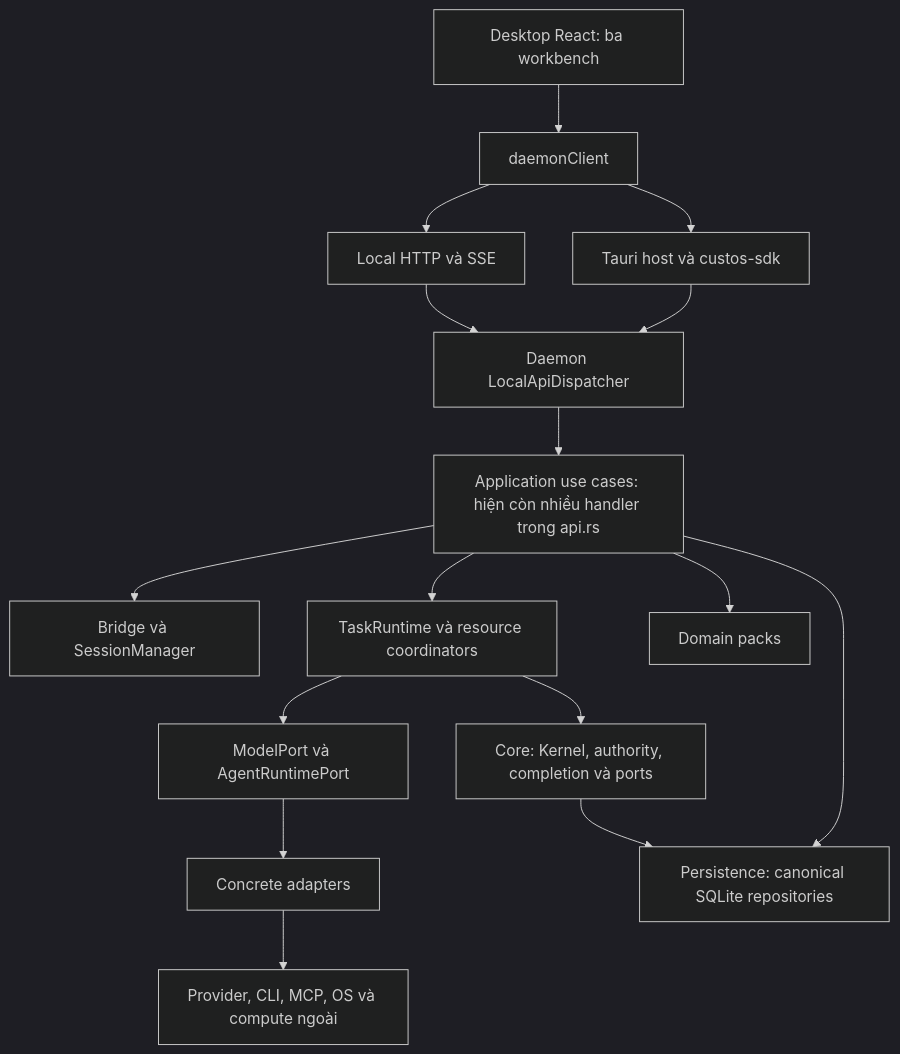
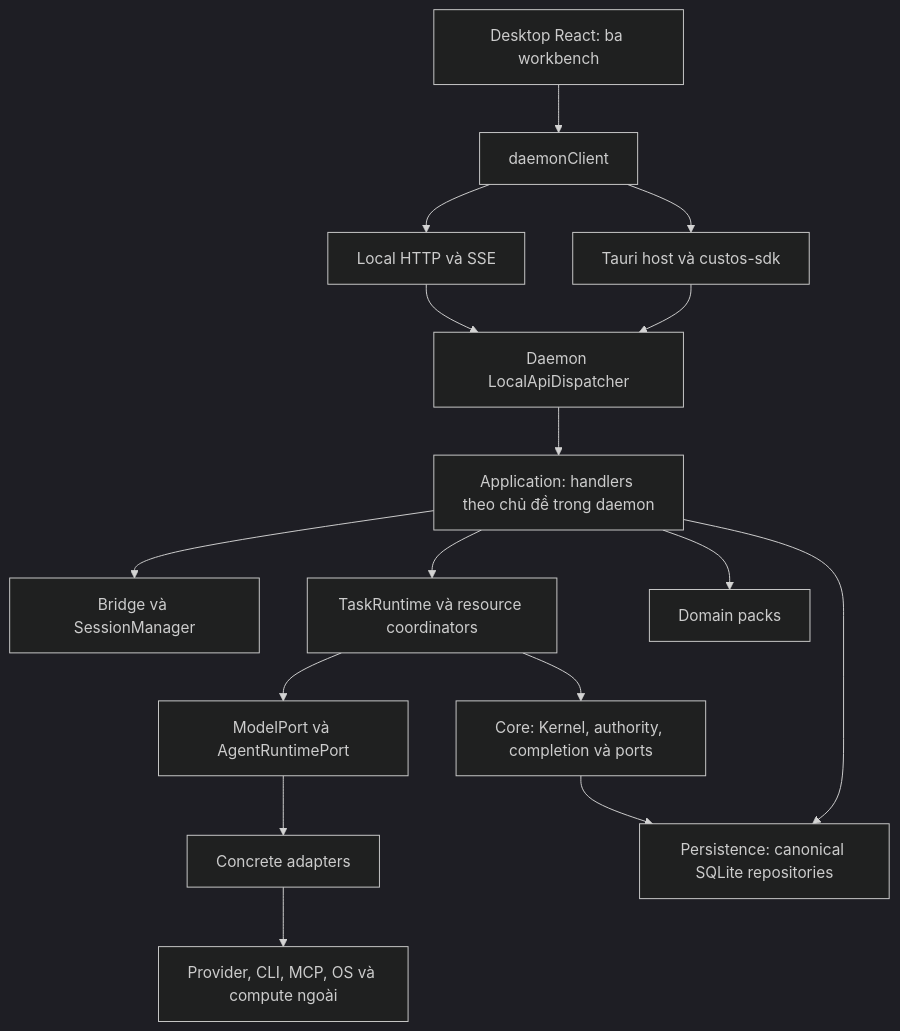
The first of 2 diagrams in docs/architecture/desktop-core-interaction-map.md (civi0411/Custos), drawn with Mermaid (dark theme) before and after one commit. The commit also changed other lines of this file and 40 other files, not shown here.

First line of the commit message:
feat(core): implement P0/P1 interaction map gaps and modularize daemon application handlers

````diff
--- a/docs/architecture/desktop-core-interaction-map.md
+++ b/docs/architecture/desktop-core-interaction-map.md
@@ -47,18 +51,18 @@
 ```mermaid
 flowchart TD
     UI[Desktop React: ba workbench] --> DC[daemonClient]
     DC --> HOST[Tauri host và custos-sdk]
     DC --> HTTP[Local HTTP và SSE]
     HOST --> API[Daemon LocalApiDispatcher]
     HTTP --> API
-    API --> APP[Application use cases: hiện còn nhiều handler trong api.rs]
+    API --> APP[Application: handlers theo chủ đề trong daemon]
     APP --> BR[Bridge và SessionManager]
     APP --> RT[TaskRuntime và resource coordinators]
     APP --> PACK[Domain packs]
     RT --> CORE[Core: Kernel, authority, completion và ports]
     RT --> PORT[ModelPort và AgentRuntimePort]
     PORT --> AD[Concrete adapters]
     APP --> DB[Persistence: canonical SQLite repositories]
     CORE --> DB
     AD --> EXT[Provider, CLI, MCP, OS và compute ngoài]
 ```
````
